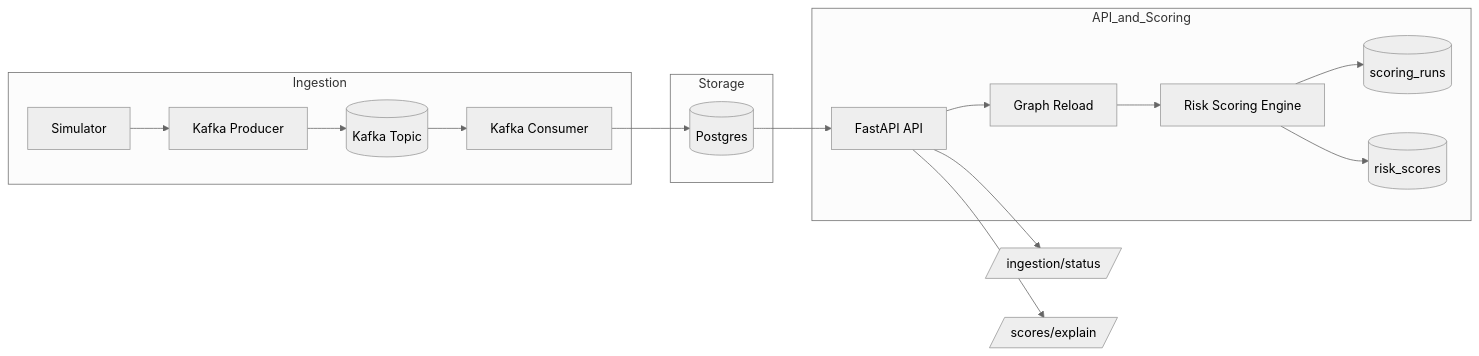
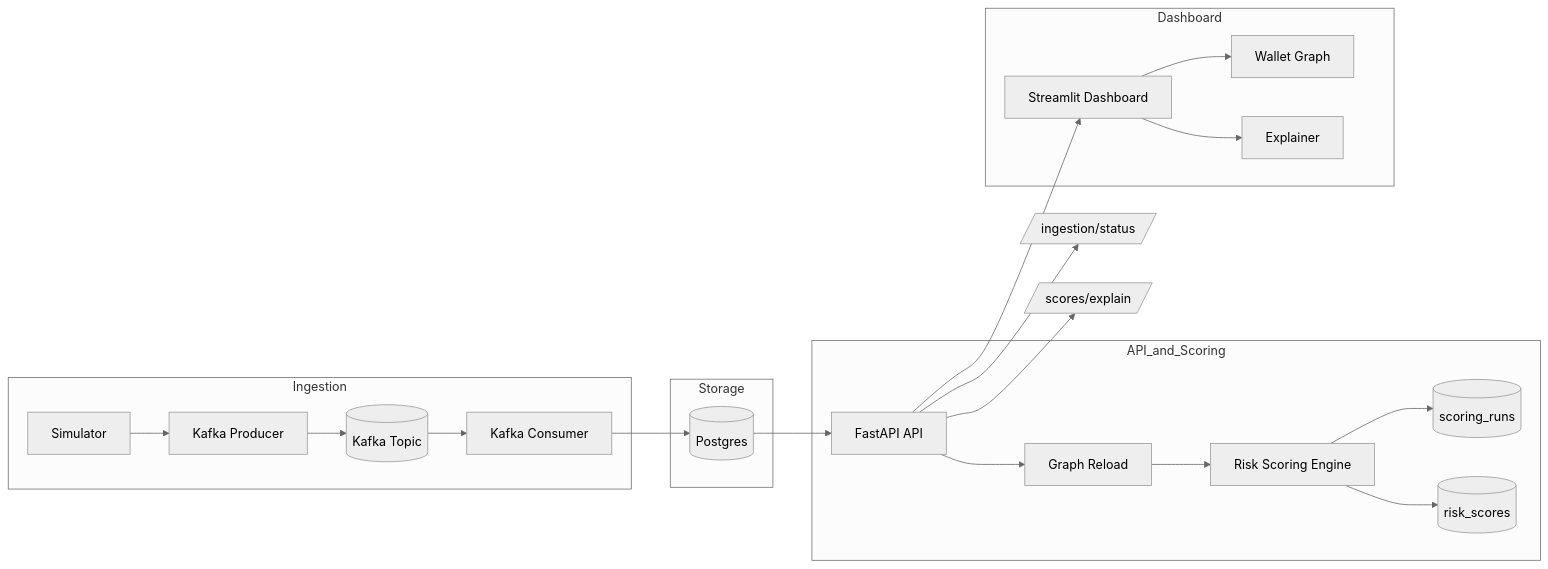
One commit to siddhantbhavsar/crypto-risk-platform changed the diagram in README.md. Above: the diagram before and after it, drawn with Mermaid (neutral theme). The commit also changed other lines of this file and 2 other files, not shown here.

First line of the commit message:
feat: Add Streamlit dashboard polish features

````diff
--- a/README.md
+++ b/README.md
@@ -29,31 +29,41 @@
 ```mermaid
 flowchart LR
 
 subgraph Ingestion
   SIM[Simulator]
   PROD[Kafka Producer]
   K[(Kafka Topic)]
   CONS[Kafka Consumer]
 end
 
 subgraph Storage
   DB[(Postgres)]
 end
 
 subgraph API_and_Scoring
   API[FastAPI API]
   GRAPH[Graph Reload]
   SCORE[Risk Scoring Engine]
   RUNS[(scoring_runs)]
   SCORES[(risk_scores)]
 end
 
+subgraph Dashboard
+  STREAM[Streamlit Dashboard]
+  GRAPH_VIZ[Wallet Graph]
+  EXPLAIN[Explainer]
+end
+
 SIM --> PROD --> K --> CONS --> DB
 DB --> API
 API --> GRAPH --> SCORE
 SCORE --> RUNS
 SCORE --> SCORES
 
+API --> STREAM
+STREAM --> GRAPH_VIZ
+STREAM --> EXPLAIN
+
 API --> STATUS[/ingestion/status/]
-API --> EXPLAIN[/scores/explain/]
+API --> EXPLAIN_API[/scores/explain/]
 ```
````
